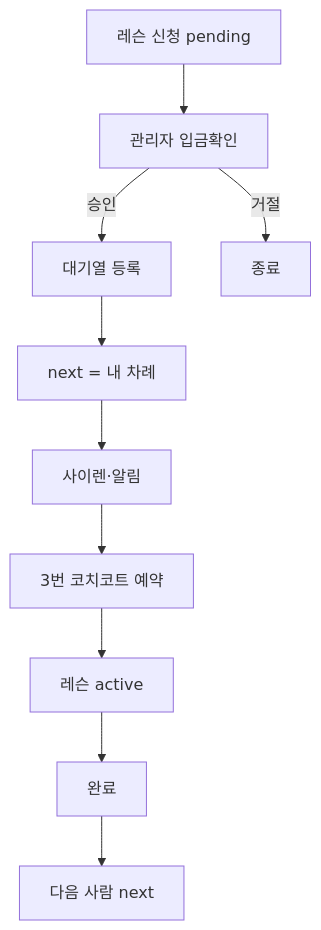
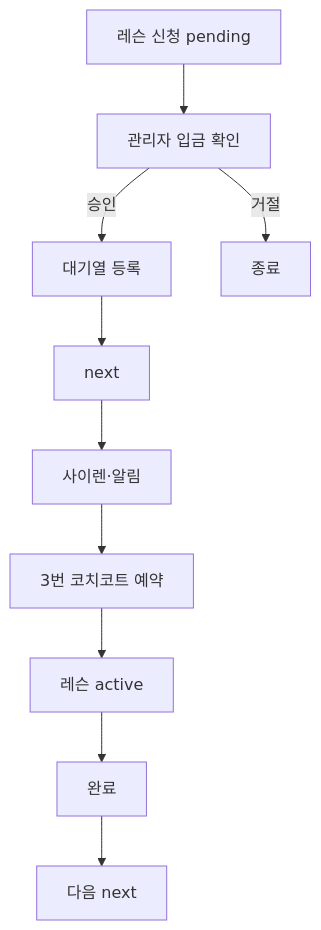
Before and after one commit to Jajungi/Dropsite: the fifth of 8 diagrams in docs/ARCHITECTURE.md, drawn with Mermaid. The commit also changed other lines of this file and 8 other files, not shown here.

````diff
--- a/docs/ARCHITECTURE.md
+++ b/docs/ARCHITECTURE.md
@@ -133,12 +136,12 @@
 ```mermaid
 flowchart TD
-  Apply[레슨 신청 pending] --> Admin[관리자 입금확인]
+  Apply[레슨 신청 pending] --> Admin[관리자 입금 확인]
   Admin -->|승인| Queue[대기열 등록]
   Admin -->|거절| End1[종료]
-  Queue --> Next[next = 내 차례]
+  Queue --> Next[next]
   Next --> Siren[사이렌·알림]
   Siren --> Coach[3번 코치코트 예약]
   Coach --> Active[레슨 active]
   Active --> Done[완료]
-  Done --> Promote[다음 사람 next]
+  Done --> Promote[다음 next]
 ```
````
